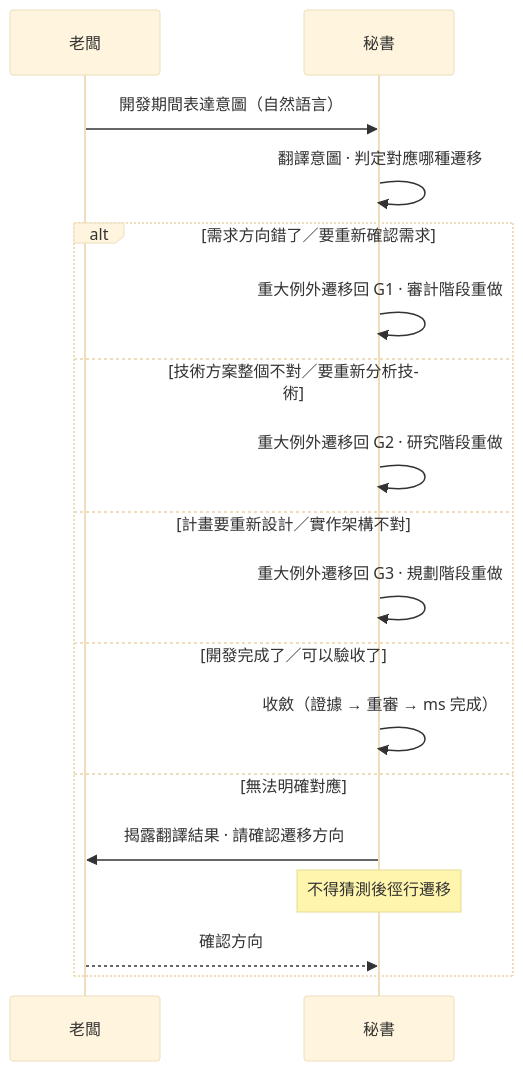
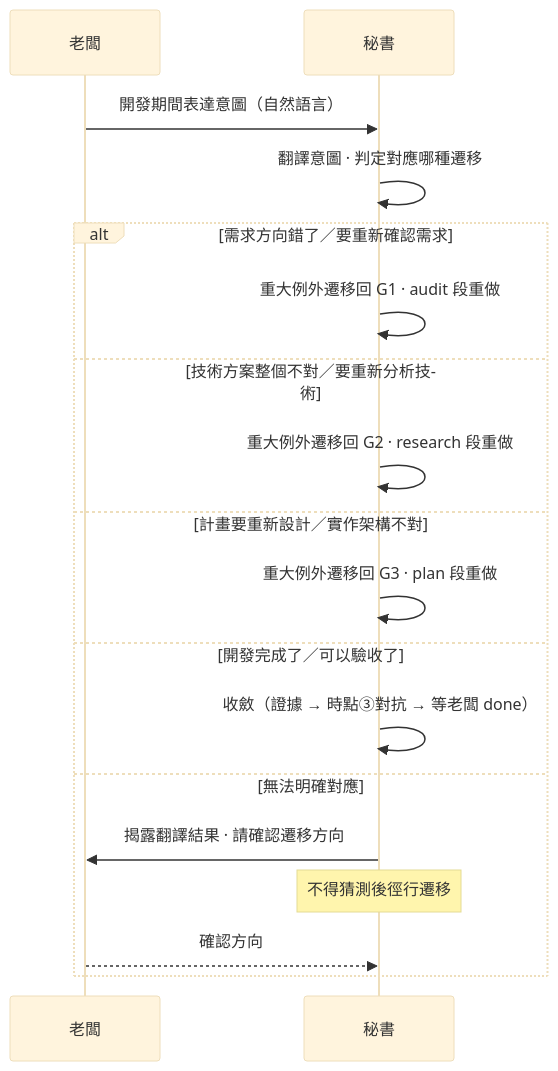
The third of 8 diagrams in skills/shiftblame/SKILL.md (teps3105/shiftblame), drawn with Mermaid (base theme) before and after one commit. The commit also changed other lines of this file and 26 other files, not shown here.

````diff
--- a/skills/shiftblame/SKILL.md
+++ b/skills/shiftblame/SKILL.md
@@ -115,22 +98,22 @@
    ```mermaid
    sequenceDiagram
         participant B as 老闆
         participant SEC as 秘書
 
         B->>SEC: 開發期間表達意圖（自然語言）
         SEC->>SEC: 翻譯意圖 · 判定對應哪種遷移
 
         alt 需求方向錯了／要重新確認需求
-            SEC->>SEC: 重大例外遷移回 G1 · 審計階段重做
+            SEC->>SEC: 重大例外遷移回 G1 · audit 段重做
         else 技術方案整個不對／要重新分析技術
-            SEC->>SEC: 重大例外遷移回 G2 · 研究階段重做
+            SEC->>SEC: 重大例外遷移回 G2 · research 段重做
         else 計畫要重新設計／實作架構不對
-            SEC->>SEC: 重大例外遷移回 G3 · 規劃階段重做
+            SEC->>SEC: 重大例外遷移回 G3 · plan 段重做
         else 開發完成了／可以驗收了
-            SEC->>SEC: 收斂（證據 → 重審 → ms 完成）
+            SEC->>SEC: 收斂（證據 → 時點③對抗 → 等老闆 done）
         else 無法明確對應
             SEC->>B: 揭露翻譯結果 · 請確認遷移方向
             Note over SEC: 不得猜測後徑行遷移
             B-->>SEC: 確認方向
         end
    ```
````
